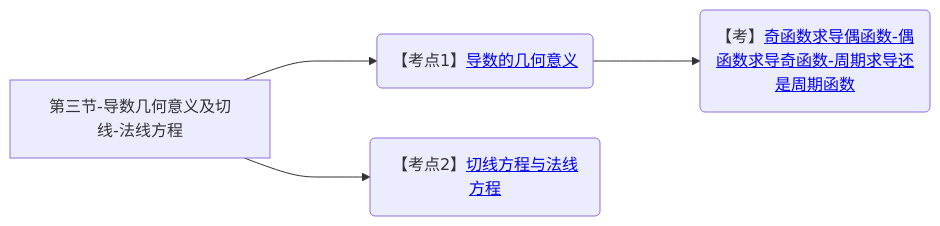
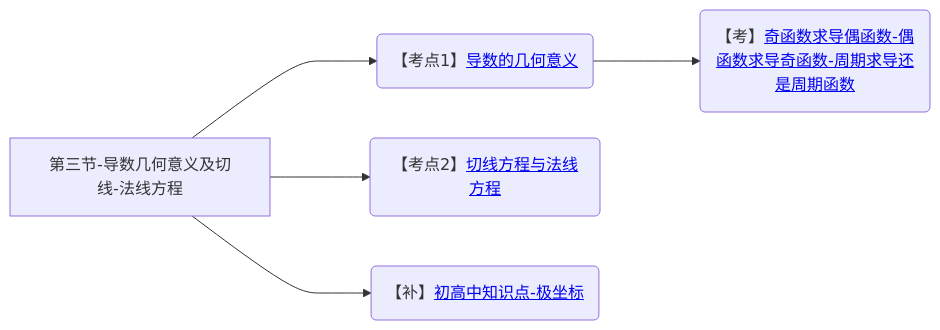
Diagram 13 of 13 in 笔记/数学/周洋鑫/01.基础班思维导图.md (yuebinghui/note), drawn with Mermaid before and after one commit. The commit also changed 7 other files, not shown here.

````diff
--- a/笔记/数学/周洋鑫/01.基础班思维导图.md
+++ b/笔记/数学/周洋鑫/01.基础班思维导图.md
@@ -498,9 +498,11 @@
 ```mermaid
 graph LR
 第三节-导数几何意义及切线-法线方程
 
 第三节-导数几何意义及切线-法线方程--->导数的几何意义(【考点1】<a href="/Users/yuebinghui/Documents/program/github/note/笔记/数学/周洋鑫/基础班/14.导数的几何意义与微分定义.md#导数的几何意义">导数的几何意义</>)
 导数的几何意义--->奇函数求导偶函数-偶函数求导奇函数-周期求导还是周期函数(【考】<a href="/Users/yuebinghui/Documents/program/github/note/笔记/数学/周洋鑫/基础班/14.导数的几何意义与微分定义.md#奇函数求导偶函数-偶函数求导奇函数-周期求导还是周期函数">奇函数求导偶函数-偶函数求导奇函数-周期求导还是周期函数</>)
 
 第三节-导数几何意义及切线-法线方程--->切线方程与法线方程(【考点2】<a href="/Users/yuebinghui/Documents/program/github/note/笔记/数学/周洋鑫/基础班/14.导数的几何意义与微分定义.md#切线方程与法线方程">切线方程与法线方程</>)
+
+第三节-导数几何意义及切线-法线方程--->初高中知识点-极坐标(【补】<a href="/Users/yuebinghui/Documents/program/github/note/笔记/数学/周洋鑫/基础班/14.导数的几何意义与微分定义.md#初高中知识点-极坐标">初高中知识点-极坐标</>)
 ```
````
